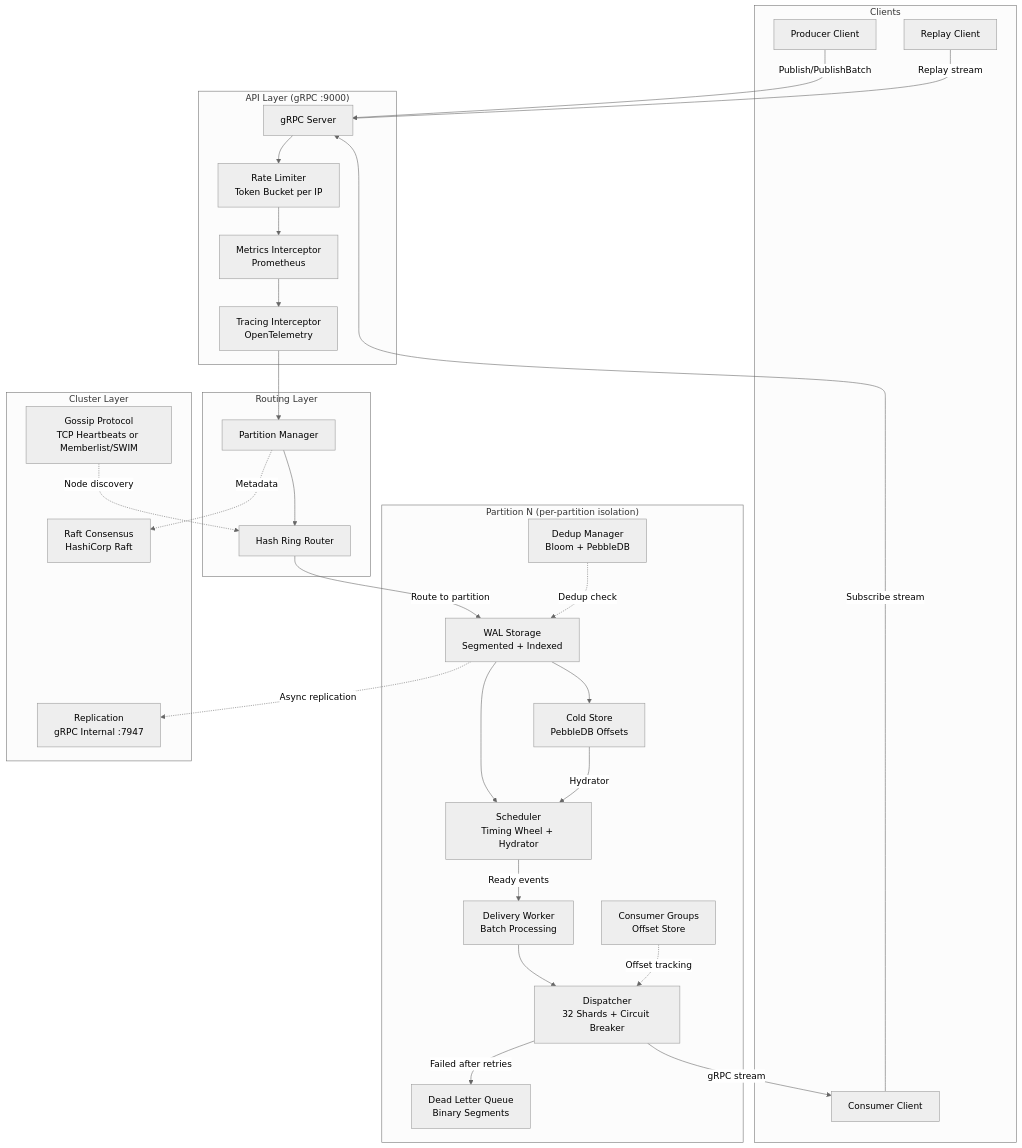
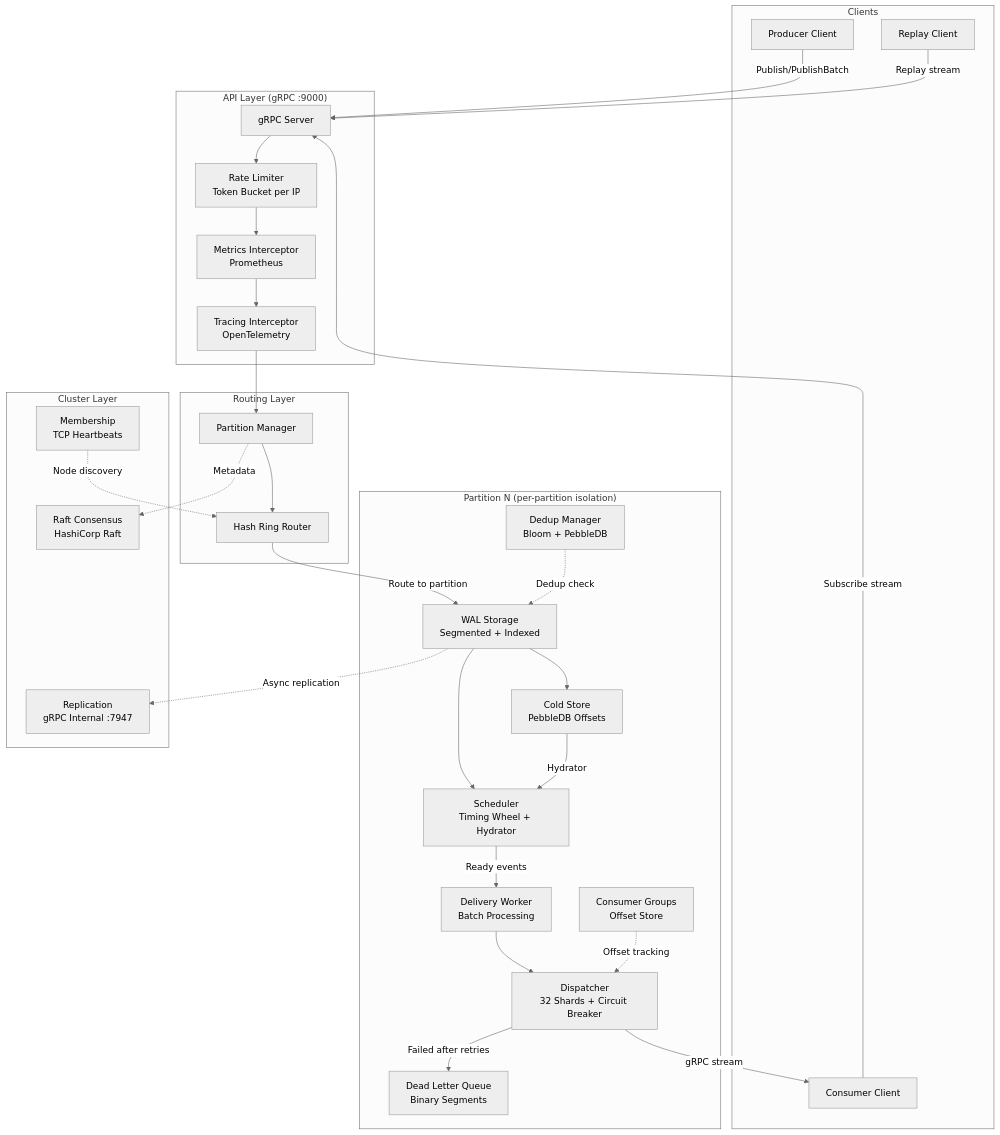
Before and after one commit to jatin711-debug/cronos_db_golang: the first of 47 diagrams in ARCHITECTURE.md, drawn with Mermaid (neutral theme). The commit also changed other lines of this file and 9 other files, not shown here.

````diff
--- a/ARCHITECTURE.md
+++ b/ARCHITECTURE.md
@@ -52,57 +52,57 @@
 ```mermaid
 graph TB
     subgraph Clients
         C1[Producer Client]
         C2[Consumer Client]
         C3[Replay Client]
     end
 
     subgraph "API Layer (gRPC :9000)"
         GW[gRPC Server]
         RL[Rate Limiter<br/>Token Bucket per IP]
         MT[Metrics Interceptor<br/>Prometheus]
         TR[Tracing Interceptor<br/>OpenTelemetry]
     end
 
     subgraph "Routing Layer"
         PM[Partition Manager]
         HR[Hash Ring Router]
     end
 
     subgraph "Partition N (per-partition isolation)"
         WAL[WAL Storage<br/>Segmented + Indexed]
         CS[Cold Store<br/>PebbleDB Offsets]
         SCH[Scheduler<br/>Timing Wheel + Hydrator]
         DD[Dedup Manager<br/>Bloom + PebbleDB]
         DSP[Dispatcher<br/>32 Shards + Circuit Breaker]
         WRK[Delivery Worker<br/>Batch Processing]
         CG[Consumer Groups<br/>Offset Store]
         DLQ[Dead Letter Queue<br/>Binary Segments]
     end
 
     subgraph "Cluster Layer"
         RAFT[Raft Consensus<br/>HashiCorp Raft]
-        GOSSIP[Gossip Protocol<br/>TCP Heartbeats or Memberlist/SWIM]
+        GOSSIP[Membership<br/>TCP Heartbeats]
         REPL[Replication<br/>gRPC Internal :7947]
     end
 
     C1 -->|Publish/PublishBatch| GW
     C2 -->|Subscribe stream| GW
     C3 -->|Replay stream| GW
     GW --> RL --> MT --> TR
     TR --> PM
     PM --> HR
     HR -->|Route to partition| WAL
     WAL --> SCH
     WAL --> CS
     CS -->|Hydrator| SCH
     SCH -->|Ready events| WRK
     WRK --> DSP
     DSP -->|gRPC stream| C2
     DSP -->|Failed after retries| DLQ
     DD -.->|Dedup check| WAL
     CG -.->|Offset tracking| DSP
     WAL -.->|Async replication| REPL
     PM -.->|Metadata| RAFT
     GOSSIP -.->|Node discovery| HR
 ```
````
